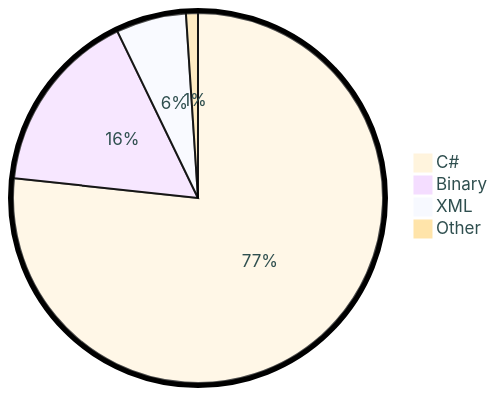
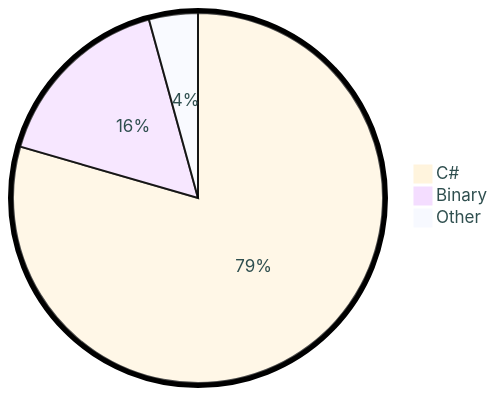
The diagram in README.md (tot0p/tot0p), drawn with Mermaid before and after one commit. The commit also changed other lines of this file, not shown here.

````diff
--- a/README.md
+++ b/README.md
@@ -69,8 +70,7 @@
 ```mermaid
 %%{init: {"pie": {"textPosition": 0.5}, "themeVariables": {"pieOuterStrokeWidth": "5px","primaryTextColor" : "#2F4F4F"},"theme":"base"} }%%
 pie
-	"C#": 76.7
-	"Binary": 16.12
-	"XML": 6.13
-	"Other": 1.04
+	"C#": 79.48
+	"Binary": 16.25
+	"Other": 4.2700000000000005
 ```
````
